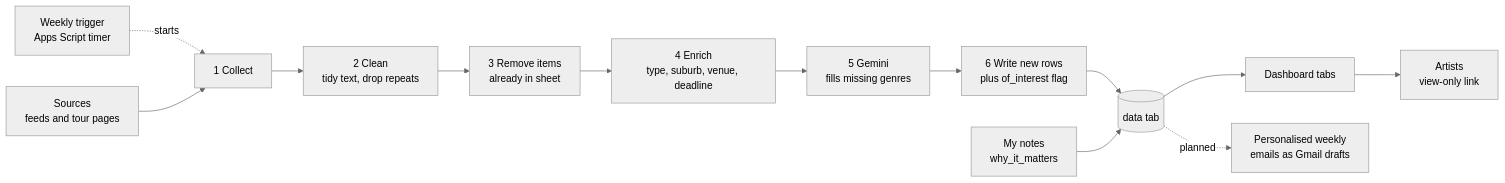
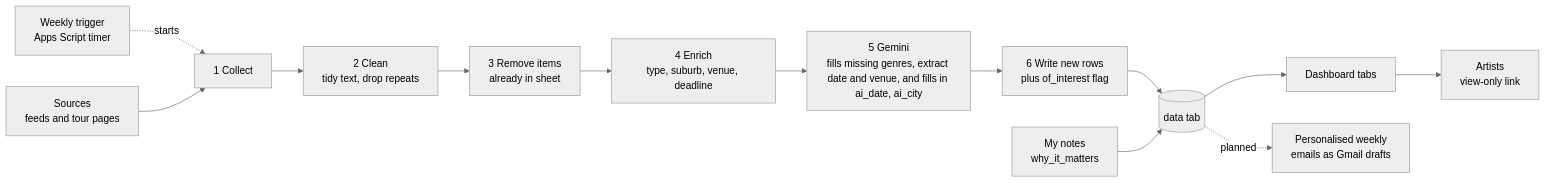
Before and after one commit to itslisacforchatterbox/beatswithsheph: the diagram in README.md, drawn with Mermaid (neutral theme).

Commit message:
Enhance 'Gemini' step description in README
Updated the description of the 'Gemini' step to include additional details about extracting date and venue, and filling in ai_date and ai_city.

````diff
--- a/README.md
+++ b/README.md
@@ -66,15 +66,15 @@
 ```mermaid
 flowchart LR
     T["Weekly trigger<br/>Apps Script timer"] -.starts.-> C
     S["Sources<br/>feeds and tour pages"] --> C["1 Collect"]
     C --> D["2 Clean<br/>tidy text, drop repeats"]
     D --> E["3 Remove items<br/>already in sheet"]
     E --> F["4 Enrich<br/>type, suburb, venue, deadline"]
-    F --> G["5 Gemini<br/>fills missing genres"]
+    F --> G["5 Gemini<br/>fills missing genres, extract date and venue, and fills in ai_date, ai_city"]
     G --> H["6 Write new rows<br/>plus of_interest flag"]
     H --> I[("data tab")]
     M["My notes<br/>why_it_matters"] --> I
     I --> J["Dashboard tabs"]
     J --> K["Artists<br/>view-only link"]
     I -.planned.-> L["Personalised weekly<br/>emails as Gmail drafts"]
 ```
````
